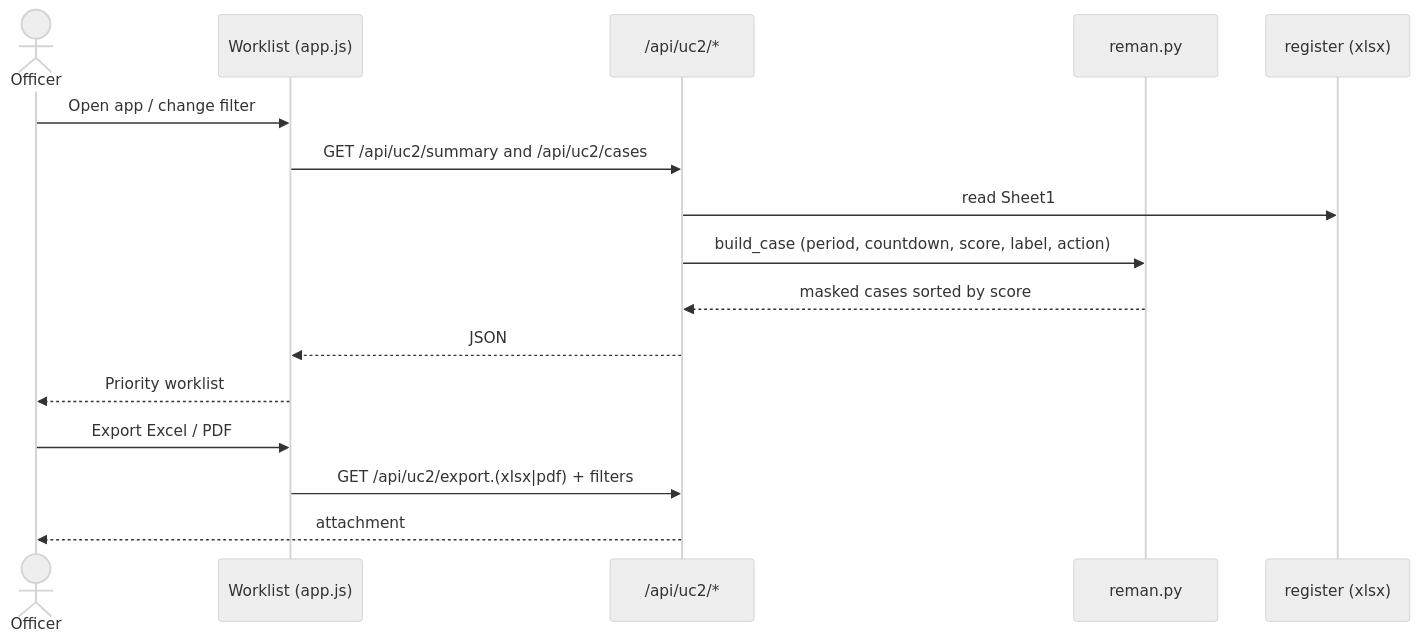
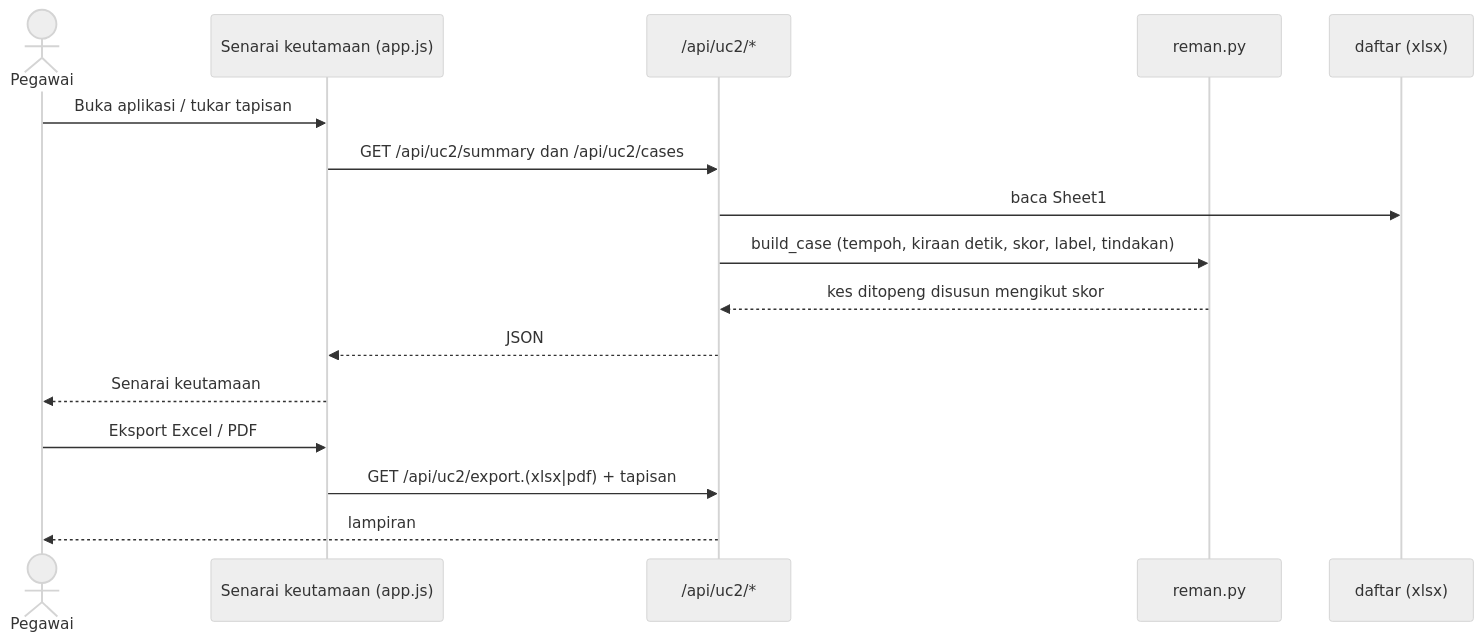
The third of 5 diagrams in tdd_ikawal_001_banduan_dagang_monitoring.md (amirraihan/IKAWAL), drawn with Mermaid (neutral theme) before and after one commit. The commit also changed other lines of this file, not shown here.

````diff
--- a/tdd_ikawal_001_banduan_dagang_monitoring.md
+++ b/tdd_ikawal_001_banduan_dagang_monitoring.md
@@ -184,18 +186,18 @@
 ```mermaid
 sequenceDiagram
-    actor Officer
-    participant UI as Worklist (app.js)
+    actor Pegawai
+    participant UI as Senarai keutamaan (app.js)
     participant API as /api/uc2/*
     participant ENG as reman.py
-    participant REG as register (xlsx)
-    Officer->>UI: Open app / change filter
-    UI->>API: GET /api/uc2/summary and /api/uc2/cases
-    API->>REG: read Sheet1
-    API->>ENG: build_case (period, countdown, score, label, action)
-    ENG-->>API: masked cases sorted by score
+    participant REG as daftar (xlsx)
+    Pegawai->>UI: Buka aplikasi / tukar tapisan
+    UI->>API: GET /api/uc2/summary dan /api/uc2/cases
+    API->>REG: baca Sheet1
+    API->>ENG: build_case (tempoh, kiraan detik, skor, label, tindakan)
+    ENG-->>API: kes ditopeng disusun mengikut skor
     API-->>UI: JSON
-    UI-->>Officer: Priority worklist
-    Officer->>UI: Export Excel / PDF
-    UI->>API: GET /api/uc2/export.(xlsx|pdf) + filters
-    API-->>Officer: attachment
+    UI-->>Pegawai: Senarai keutamaan
+    Pegawai->>UI: Eksport Excel / PDF
+    UI->>API: GET /api/uc2/export.(xlsx|pdf) + tapisan
+    API-->>Pegawai: lampiran
 ```
````
